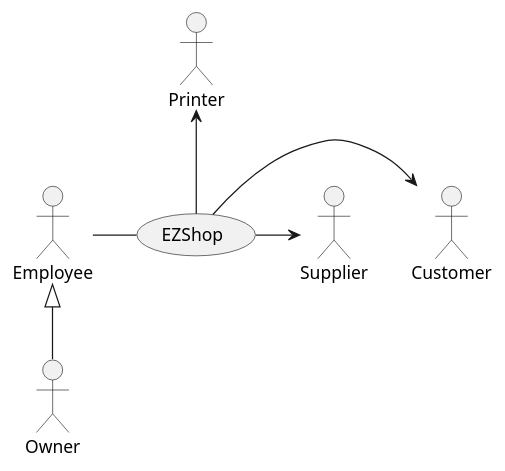
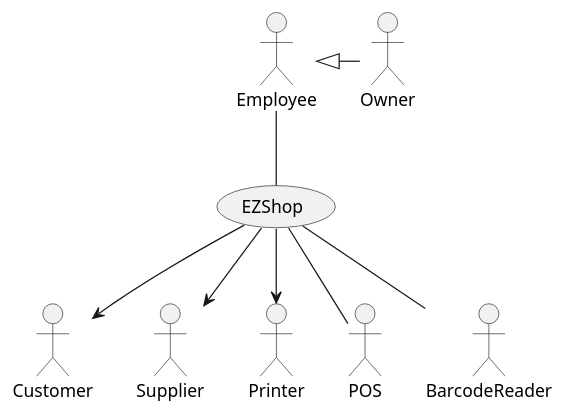
One commit to thegabriele97/EzShop changed the diagram in Deliverables/RequirementsDocument.md. Above: the diagram before and after it, drawn with PlantUML. The commit also changed other lines of this file, not shown here.

Commit message:
docs: updated context diagram & interfaces

````diff
--- a/Deliverables/RequirementsDocument.md
+++ b/Deliverables/RequirementsDocument.md
@@ -56,17 +56,22 @@
 ```plantuml
 Actor Owner
 Actor Employee
 Actor Customer
 Actor Supplier
 
 Actor Printer
+Actor POS 
+Actor BarcodeReader
 
 usecase EZShop
 
-Employee -right- EZShop
-Owner -up-|> Employee
+Employee -- EZShop
+Owner -left-|> Employee
 
-EZShop -right-> Customer
-EZShop -right-> Supplier
-EZShop -up-> Printer
+EZShop --> Customer
+EZShop --> Supplier
+EZShop --> Printer
+
+EZShop -- POS
+EZShop -- BarcodeReader
 ```
````
